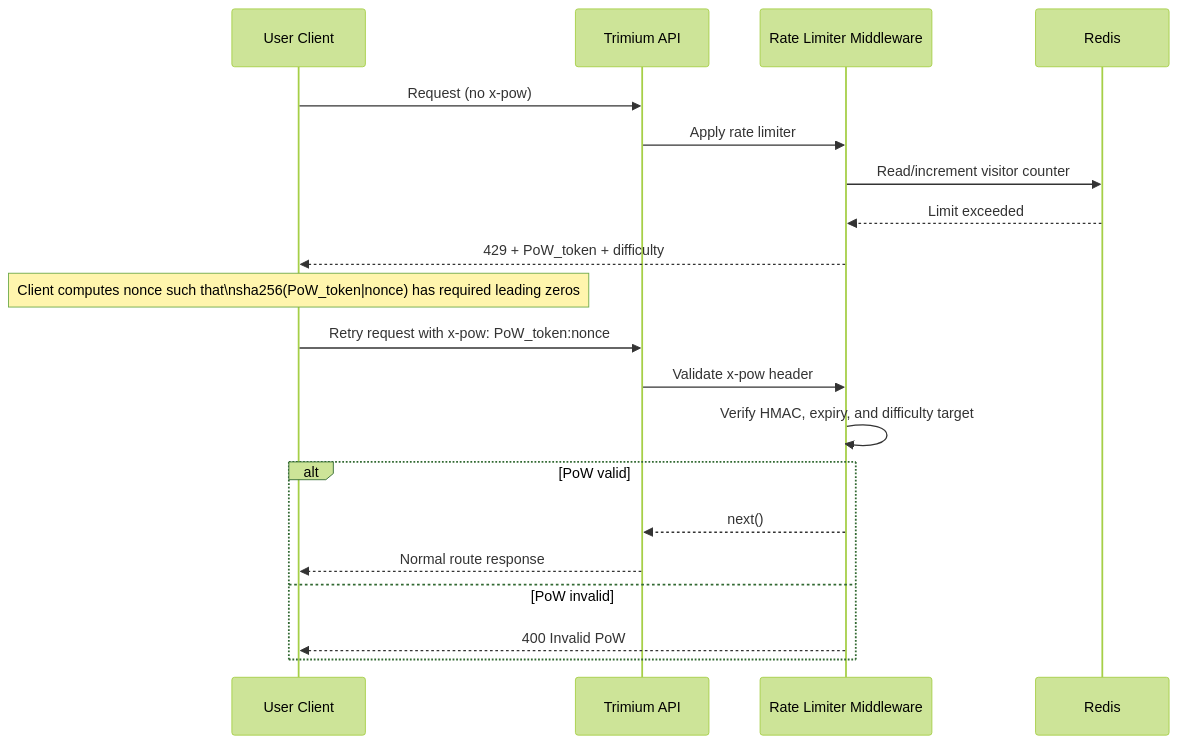
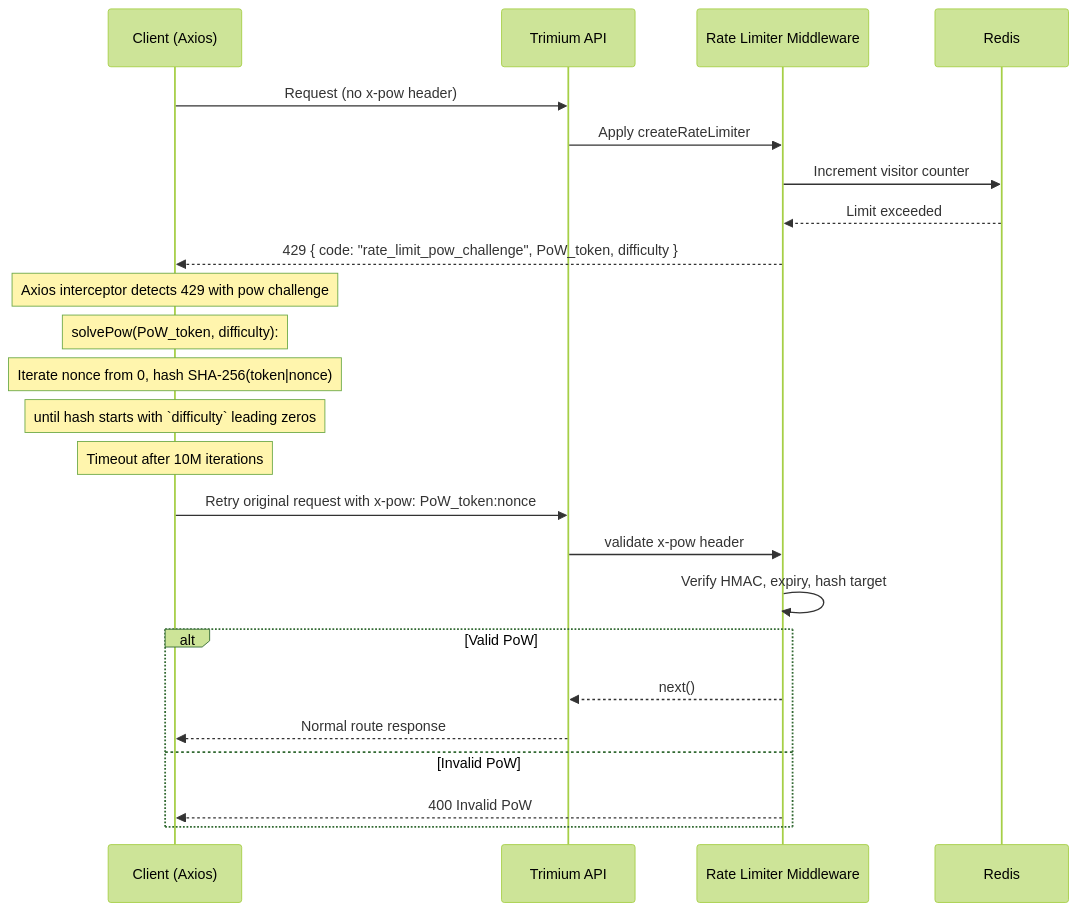
Before and after one commit to IamDevTrivedi/Trimium: the third of 6 diagrams in docs/architecture/RATE_LIMITER_ARCHITECTURE.md, drawn with Mermaid (forest theme). The commit also changed other lines of this file and 5 other files, not shown here.

````diff
--- a/docs/architecture/RATE_LIMITER_ARCHITECTURE.md
+++ b/docs/architecture/RATE_LIMITER_ARCHITECTURE.md
@@ -84,27 +82,31 @@
 ```mermaid
 sequenceDiagram
-    participant U as User Client
+    participant U as Client (Axios)
     participant API as Trimium API
     participant RL as Rate Limiter Middleware
     participant REDIS as Redis
 
-    U->>API: Request (no x-pow)
-    API->>RL: Apply rate limiter
-    RL->>REDIS: Read/increment visitor counter
+    U->>API: Request (no x-pow header)
+    API->>RL: Apply createRateLimiter
+    RL->>REDIS: Increment visitor counter
     REDIS-->>RL: Limit exceeded
 
-    RL-->>U: 429 + PoW_token + difficulty
+    RL-->>U: 429 { code: "rate_limit_pow_challenge", PoW_token, difficulty }
 
-    Note over U: Client computes nonce such that\nsha256(PoW_token|nonce) has required leading zeros
+    Note over U: Axios interceptor detects 429 with pow challenge
+    Note over U: solvePow(PoW_token, difficulty):
+    Note over U:   Iterate nonce from 0, hash SHA-256(token|nonce)
+    Note over U:   until hash starts with `difficulty` leading zeros
+    Note over U:   Timeout after 10M iterations
 
-    U->>API: Retry request with x-pow: PoW_token:nonce
-    API->>RL: Validate x-pow header
-    RL->>RL: Verify HMAC, expiry, and difficulty target
+    U->>API: Retry original request with x-pow: PoW_token:nonce
+    API->>RL: validate x-pow header
+    RL->>RL: Verify HMAC, expiry, hash target
 
-    alt PoW valid
+    alt Valid PoW
         RL-->>API: next()
         API-->>U: Normal route response
-    else PoW invalid
+    else Invalid PoW
         RL-->>U: 400 Invalid PoW
     end
 ```
````
